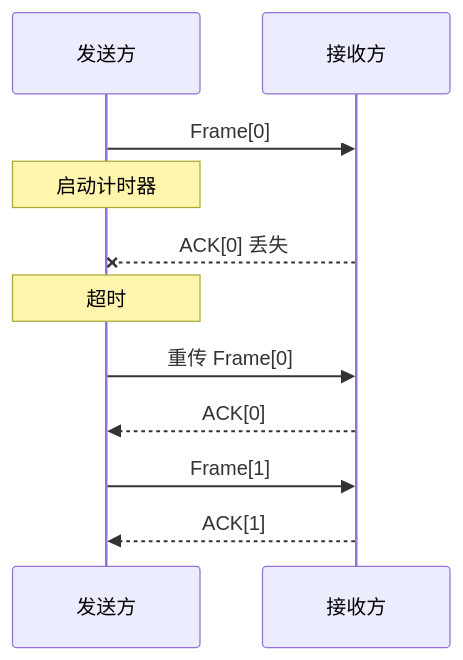
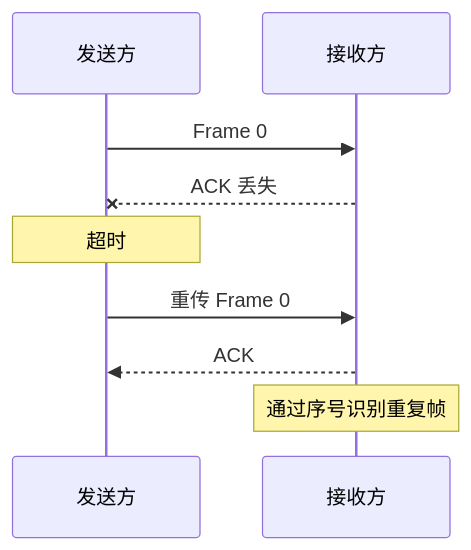
One commit to ActiveInsighter/fumadocs-study changed the diagram in content/docs/408/knowledge2/computer_network/03-data-link-layer/01-framing-error-arq.mdx. Above: the diagram before and after it, drawn with Mermaid. The commit also changed other lines of this file and 85 other files, not shown here.

````diff
--- a/content/docs/408/knowledge2/computer_network/03-data-link-layer/01-framing-error-arq.mdx
+++ b/content/docs/408/knowledge2/computer_network/03-data-link-layer/01-framing-error-arq.mdx
@@ -634,16 +357,11 @@
 ```mermaid
 sequenceDiagram
     participant S as 发送方
     participant R as 接收方
-
-    S->>R: Frame[0]
-    Note over S: 启动计时器
-    R--xS: ACK[0] 丢失
-
+    S->>R: Frame 0
+    R--xS: ACK 丢失
     Note over S: 超时
-    S->>R: 重传 Frame[0]
-    R-->>S: ACK[0]
-
-    S->>R: Frame[1]
-    R-->>S: ACK[1]
+    S->>R: 重传 Frame 0
+    R-->>S: ACK
+    Note over R: 通过序号识别重复帧
 ```
````
